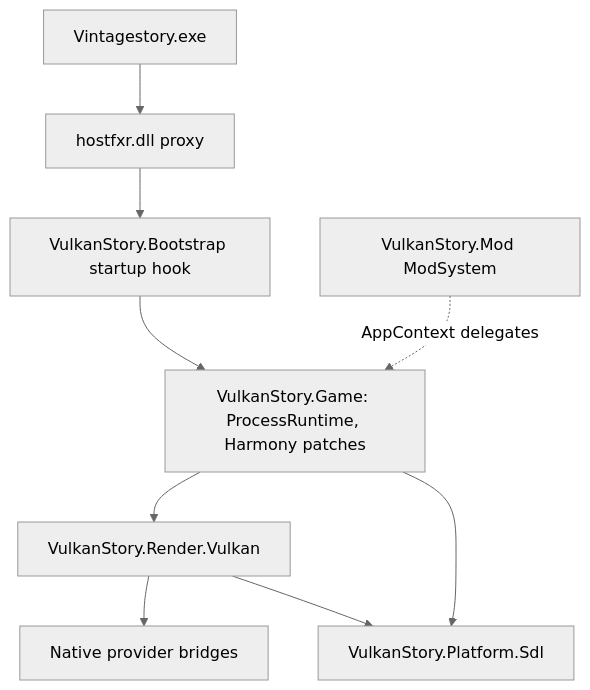
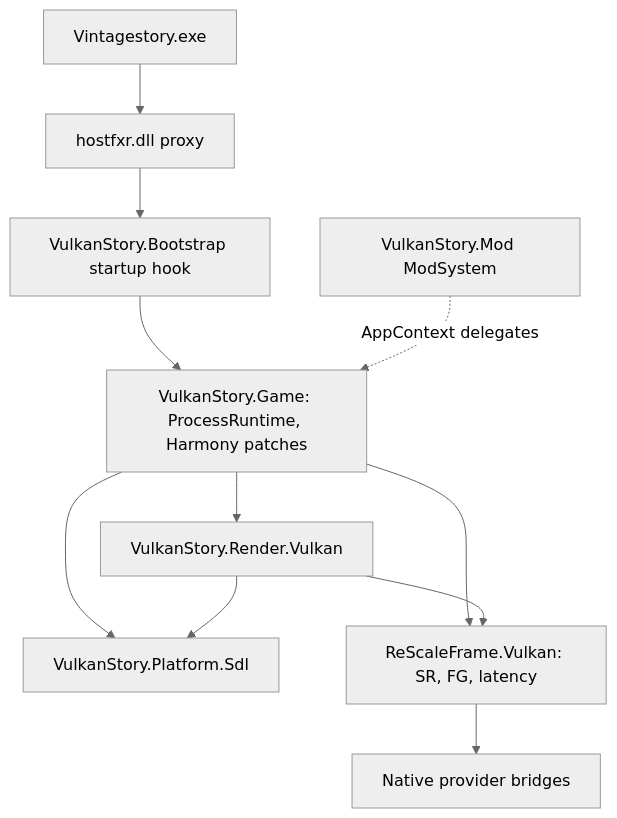
The first of 2 diagrams in docs/architecture.md (KillerPixelCrew/VulkanStory), drawn with Mermaid (neutral theme) before and after one commit. The commit also changed other lines of this file and 97 other files, not shown here.

First line of the commit message:
Integrate ReScaleFrame Vulkan provider orchestration

````diff
--- a/docs/architecture.md
+++ b/docs/architecture.md
@@ -30,11 +30,13 @@
 ```mermaid
 flowchart TD
     E[Vintagestory.exe] --> N[hostfxr.dll proxy]
     N --> B[VulkanStory.Bootstrap startup hook]
     B --> G[VulkanStory.Game: ProcessRuntime, Harmony patches]
     M[VulkanStory.Mod ModSystem] -. AppContext delegates .-> G
     G --> R[VulkanStory.Render.Vulkan]
     G --> W[VulkanStory.Platform.Sdl]
-    R --> P[Native provider bridges]
+    G --> O[ReScaleFrame.Vulkan: SR, FG, latency]
+    R --> O
+    O --> P[Native provider bridges]
     R --> W
 ```
````
